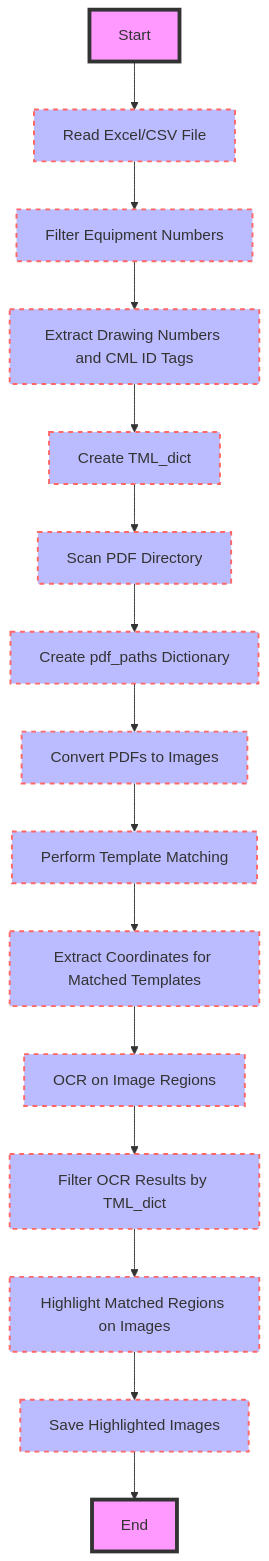
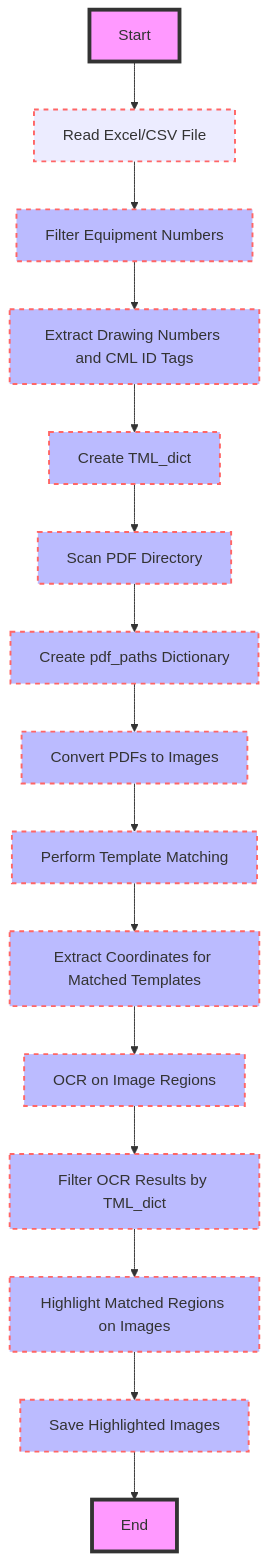
The diagram in README.md (brajrajnagar/superagi), drawn with Mermaid before and after one commit.

````diff
--- a/README.md
+++ b/README.md
@@ -81,33 +81,33 @@
 ```mermaid
 graph TD
     A[Start] --> B[Read Excel/CSV File]
     B --> C[Filter Equipment Numbers]
     C --> D[Extract Drawing Numbers and CML ID Tags]
     D --> E[Create TML_dict]
     E --> F[Scan PDF Directory]
     F --> G[Create pdf_paths Dictionary]
     G --> H[Convert PDFs to Images]
     H --> I[Perform Template Matching]
     I --> J[Extract Coordinates for Matched Templates]
     J --> K[OCR on Image Regions]
     K --> L[Filter OCR Results by TML_dict]
     L --> M[Highlight Matched Regions on Images]
     M --> N[Save Highlighted Images]
     N --> O[End]
 
     style A fill:#f9f,stroke:#333,stroke-width:4px
-    style B fill:#bbf,stroke:#f66,stroke-width:2px,stroke-dasharray: 5, 5
+    style B fill:##0505fc,stroke:#f66,stroke-width:2px,stroke-dasharray: 5, 5
     style C fill:#bbf,stroke:#f66,stroke-width:2px,stroke-dasharray: 5, 5
     style D fill:#bbf,stroke:#f66,stroke-width:2px,stroke-dasharray: 5, 5
     style E fill:#bbf,stroke:#f66,stroke-width:2px,stroke-dasharray: 5, 5
     style F fill:#bbf,stroke:#f66,stroke-width:2px,stroke-dasharray: 5, 5
     style G fill:#bbf,stroke:#f66,stroke-width:2px,stroke-dasharray: 5, 5
     style H fill:#bbf,stroke:#f66,stroke-width:2px,stroke-dasharray: 5, 5
     style I fill:#bbf,stroke:#f66,stroke-width:2px,stroke-dasharray: 5, 5
     style J fill:#bbf,stroke:#f66,stroke-width:2px,stroke-dasharray: 5, 5
     style K fill:#bbf,stroke:#f66,stroke-width:2px,stroke-dasharray: 5, 5
     style L fill:#bbf,stroke:#f66,stroke-width:2px,stroke-dasharray: 5, 5
     style M fill:#bbf,stroke:#f66,stroke-width:2px,stroke-dasharray: 5, 5
     style N fill:#bbf,stroke:#f66,stroke-width:2px,stroke-dasharray: 5, 5
     style O fill:#f9f,stroke:#333,stroke-width:4px
 ```
````
